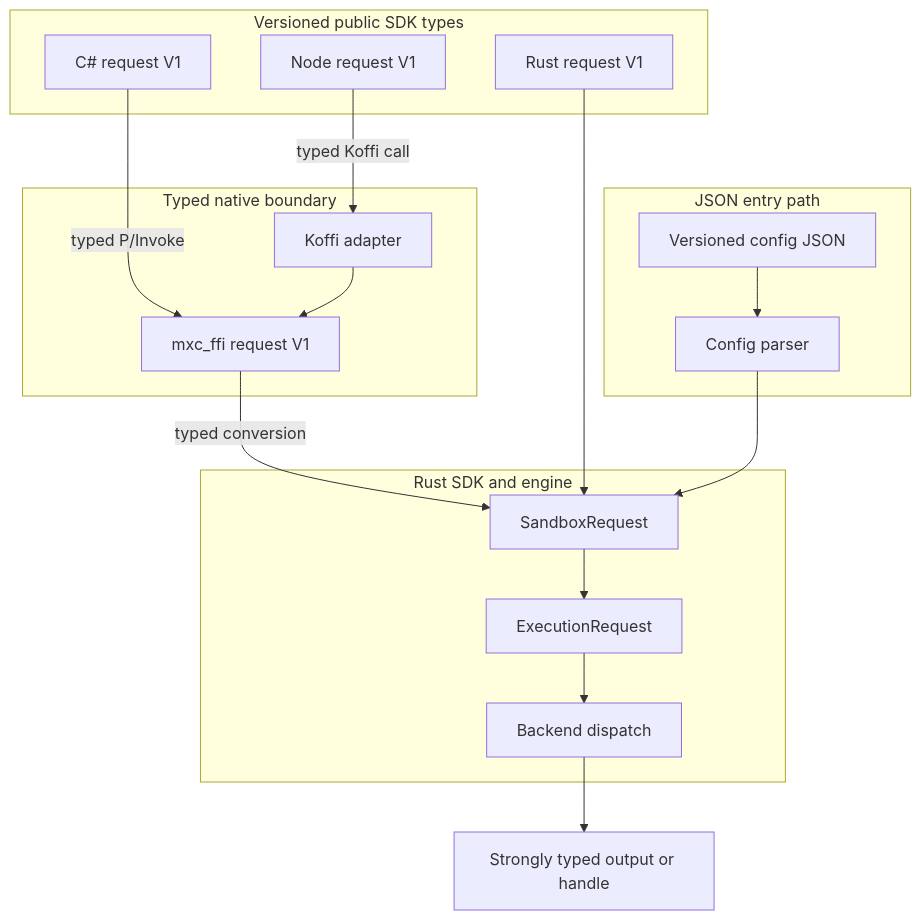
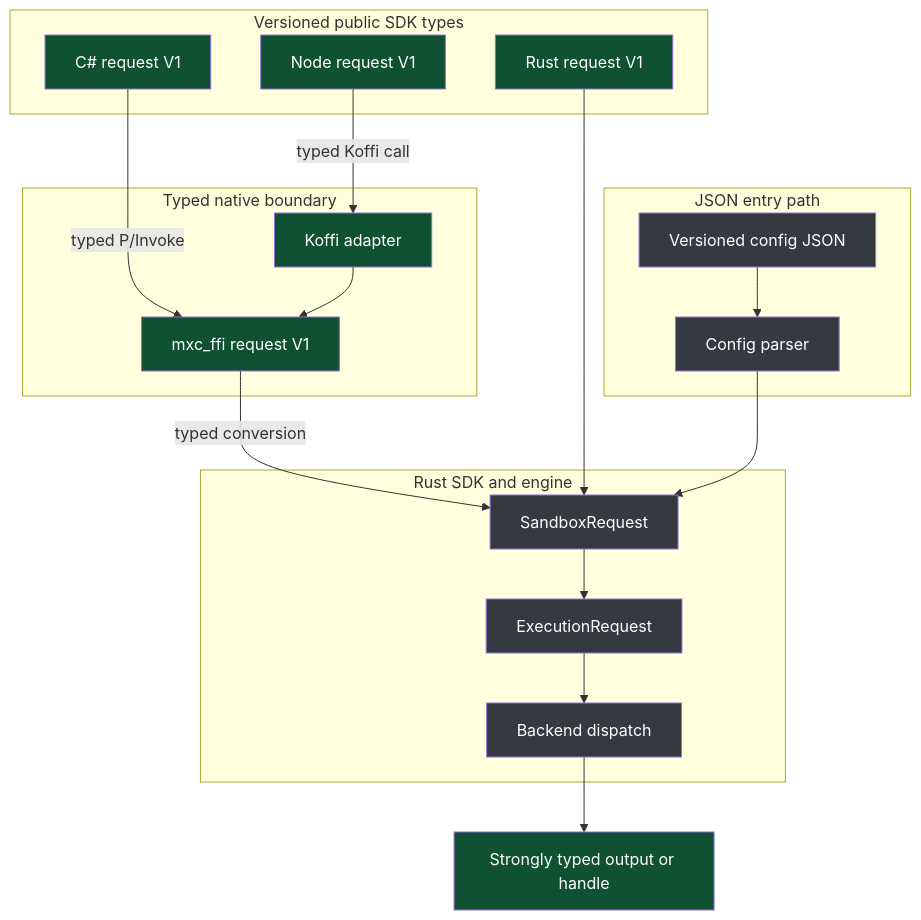
Before and after one commit to microsoft/mxc: the second of 2 diagrams in docs/design/typed-one-shot-sandbox-apis.md, drawn with Mermaid. The commit also changed other lines of this file, not shown here.

````diff
--- a/docs/design/typed-one-shot-sandbox-apis.md
+++ b/docs/design/typed-one-shot-sandbox-apis.md
@@ -51,29 +51,33 @@
 ```mermaid
 flowchart TB
     subgraph API["Versioned public SDK types"]
         RR[Rust request V1]
         CC[C# request V1]
         NN[Node request V1]
     end
     subgraph ABI["Typed native boundary"]
         KF[Koffi adapter]
         FF[mxc_ffi request V1]
     end
     subgraph SDK["Rust SDK and engine"]
         SR[SandboxRequest]
         ER[ExecutionRequest]
         DD[Backend dispatch]
     end
     subgraph JSON["JSON entry path"]
         JJ[Versioned config JSON]
         JP[Config parser]
     end
 
     CC -->|typed P/Invoke| FF
     NN -->|typed Koffi call| KF --> FF
     FF -->|typed conversion| SR
     RR --> SR
     JJ --> JP --> SR
     SR --> ER --> DD
     DD --> OO[Strongly typed output or handle]
+    classDef new fill:#0f5132,color:#fff
+    classDef same fill:#343a40,color:#fff
+    class RR,CC,NN,KF,FF,OO new
+    class SR,ER,DD,JJ,JP same
 ```
````
